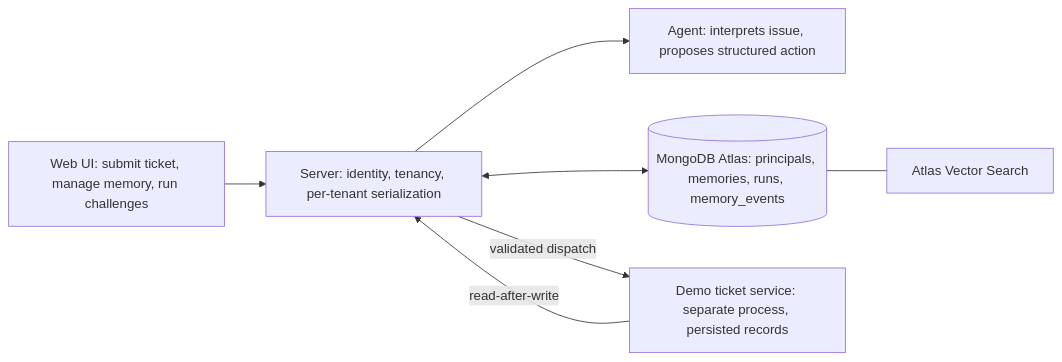
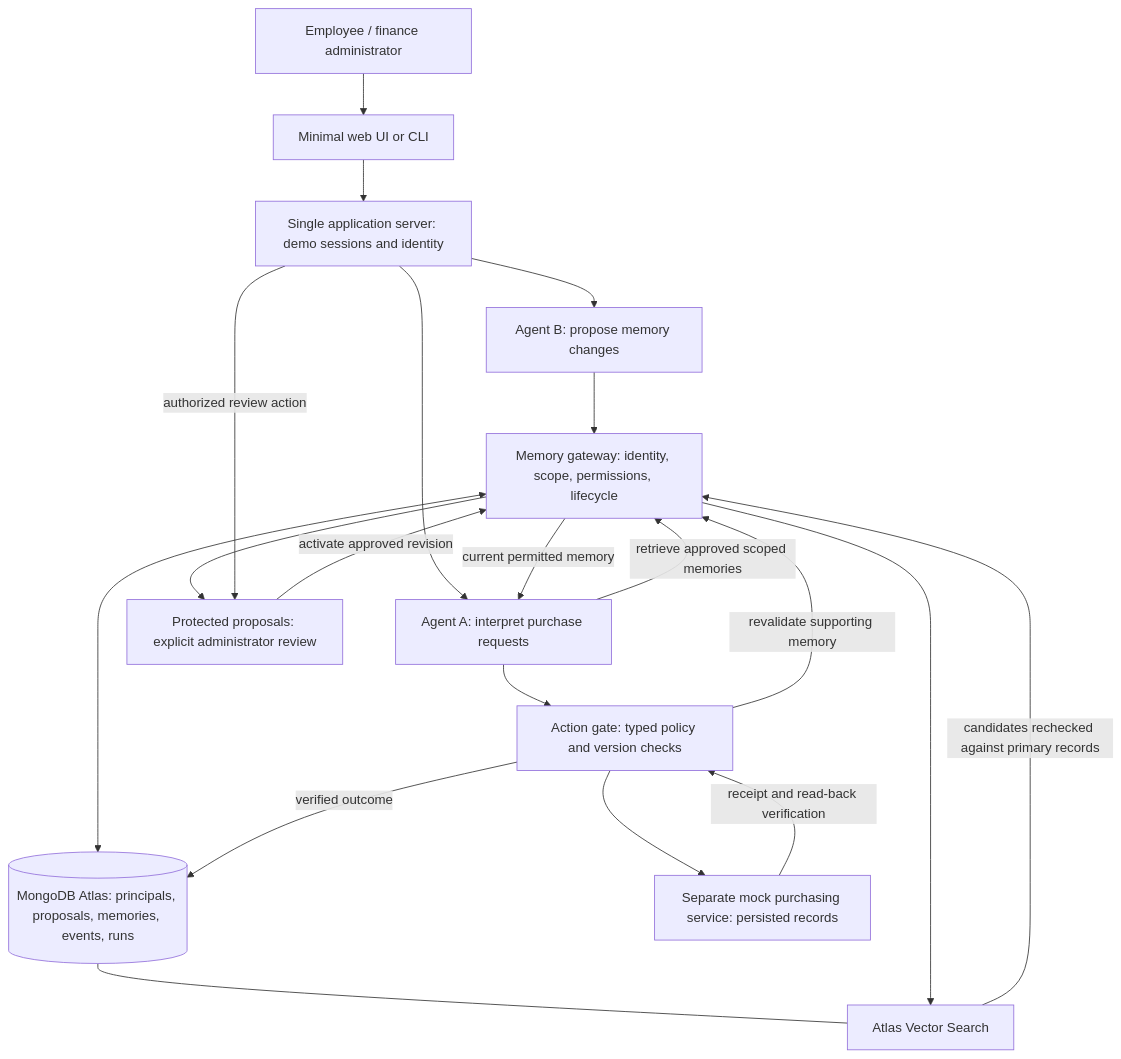
Before and after one commit to dishitac/MemoryBanks: the diagram in README.md, drawn with Mermaid. The commit also changed other lines of this file and 1 other file, not shown here.

Commit message:
updated readme and agent.md

````diff
--- a/README.md
+++ b/README.md
@@ -52,16 +60,22 @@
 ```mermaid
-flowchart LR
-    UI["Web UI: submit ticket, manage memory, run challenges"]
-    API["Server: identity, tenancy, per-tenant serialization"]
-    AG["Agent: interprets issue, proposes structured action"]
-    ATLAS[("MongoDB Atlas: principals, memories, runs, memory_events")]
-    VS["Atlas Vector Search"]
-    TS["Demo ticket service: separate process, persisted records"]
-
-    UI --> API
-    API --> AG
-    API <--> ATLAS
-    ATLAS --- VS
-    API -->|"validated dispatch"| TS
-    TS -->|"read-after-write"| API
+flowchart TD
+    U["Employee / finance administrator"] --> UI["Minimal web UI or CLI"]
+    UI --> S["Single application server: demo sessions and identity"]
+    S --> B["Agent B: propose memory changes"]
+    S --> A["Agent A: interpret purchase requests"]
+    B --> G["Memory gateway: identity, scope, permissions, lifecycle"]
+    G --> R["Protected proposals: explicit administrator review"]
+    S -->|"authorized review action"| R
+    R -->|"activate approved revision"| G
+    G <--> DB[("MongoDB Atlas: principals, proposals, memories, events, runs")]
+    DB --- V["Atlas Vector Search"]
+    A -->|"retrieve approved scoped memories"| G
+    G --> V
+    V -->|"candidates rechecked against primary records"| G
+    G -->|"current permitted memory"| A
+    A --> E["Action gate: typed policy and version checks"]
+    E -->|"revalidate supporting memory"| G
+    E --> P["Separate mock purchasing service: persisted records"]
+    P -->|"receipt and read-back verification"| E
+    E -->|"verified outcome"| DB
 ```
````
